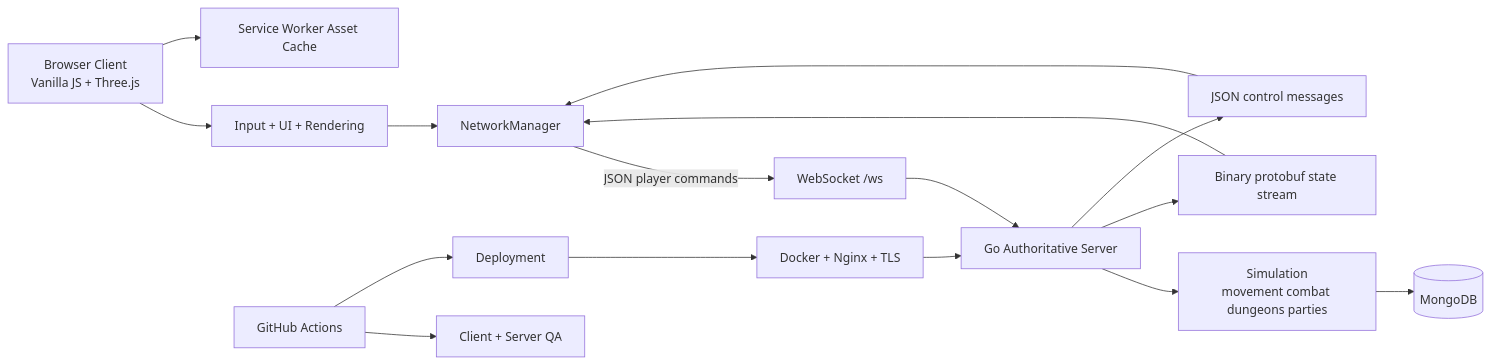
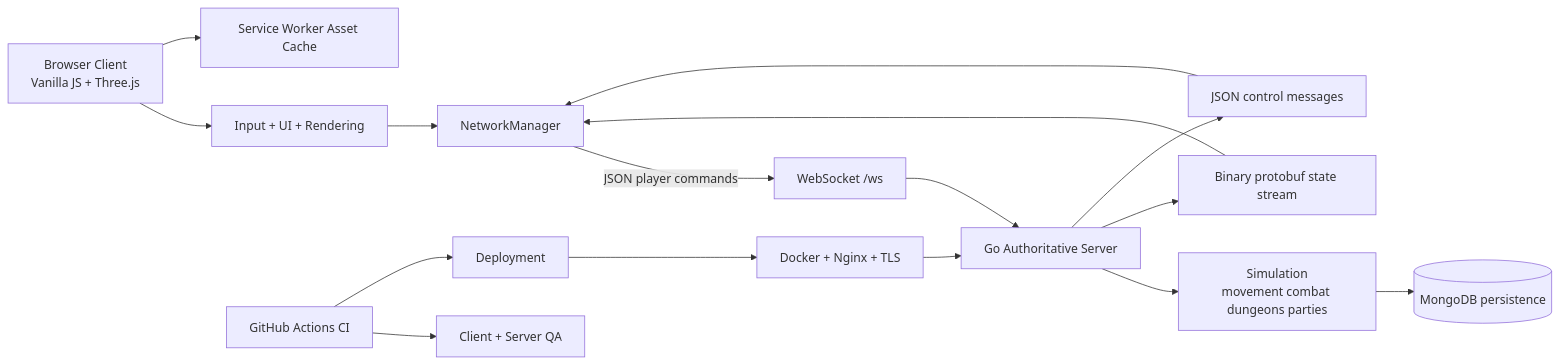
One commit to ChaseChanceChange/The_Accused_shinobi changed the diagram in README.md. Above: the diagram before and after it, drawn with Mermaid. The commit also changed other lines of this file, not shown here.

````diff
--- a/README.md
+++ b/README.md
@@ -44,21 +93,21 @@
 ```mermaid
 flowchart LR
     Browser[Browser Client\nVanilla JS + Three.js] --> Input[Input + UI + Rendering]
     Input --> NM[NetworkManager]
     Browser --> SW[Service Worker Asset Cache]
 
     NM -->|JSON player commands| WS[WebSocket /ws]
     WS --> Server[Go Authoritative Server]
     Server --> Sim[Simulation\nmovement combat dungeons parties]
     Server --> Proto[Binary protobuf state stream]
     Server --> Json[JSON control messages]
-    Sim --> Mongo[(MongoDB)]
+    Sim --> Mongo[(MongoDB persistence)]
 
     Proto --> NM
     Json --> NM
 
-    CI[GitHub Actions] --> QA[Client + Server QA]
+    CI[GitHub Actions CI] --> QA[Client + Server QA]
     CI --> Deploy[Deployment]
     Deploy --> Host[Docker + Nginx + TLS]
     Host --> Server
 ```
````
